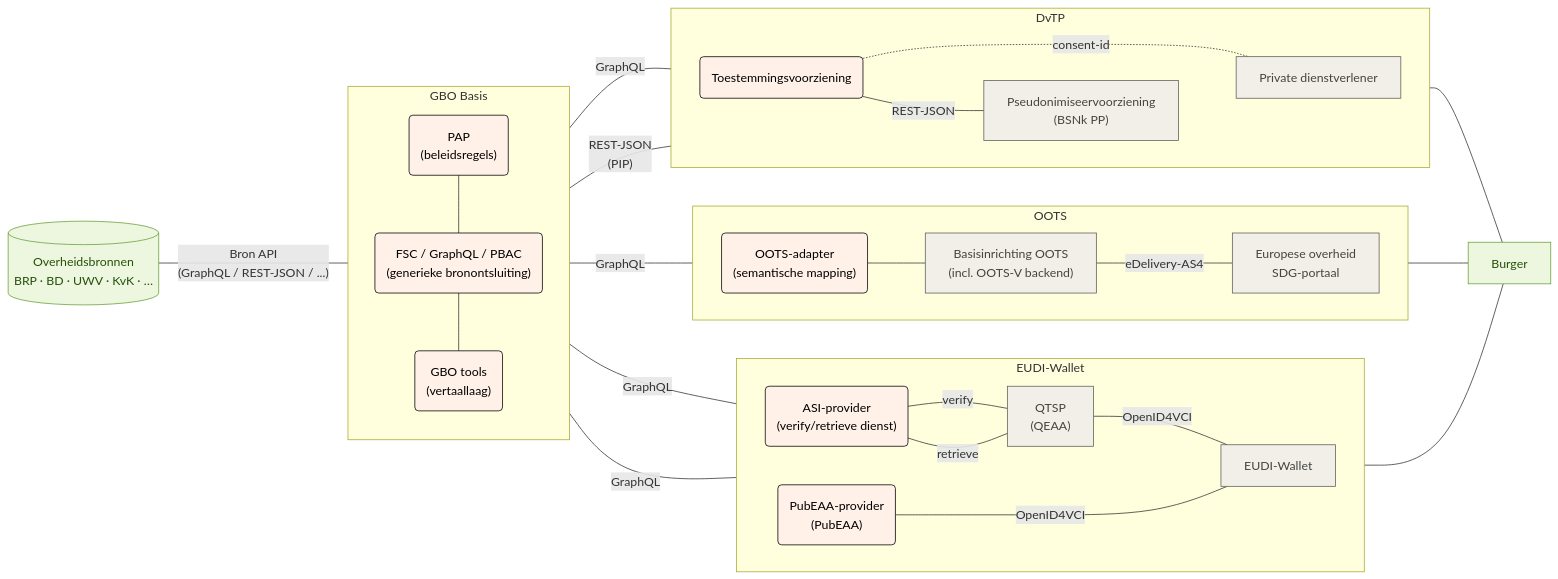
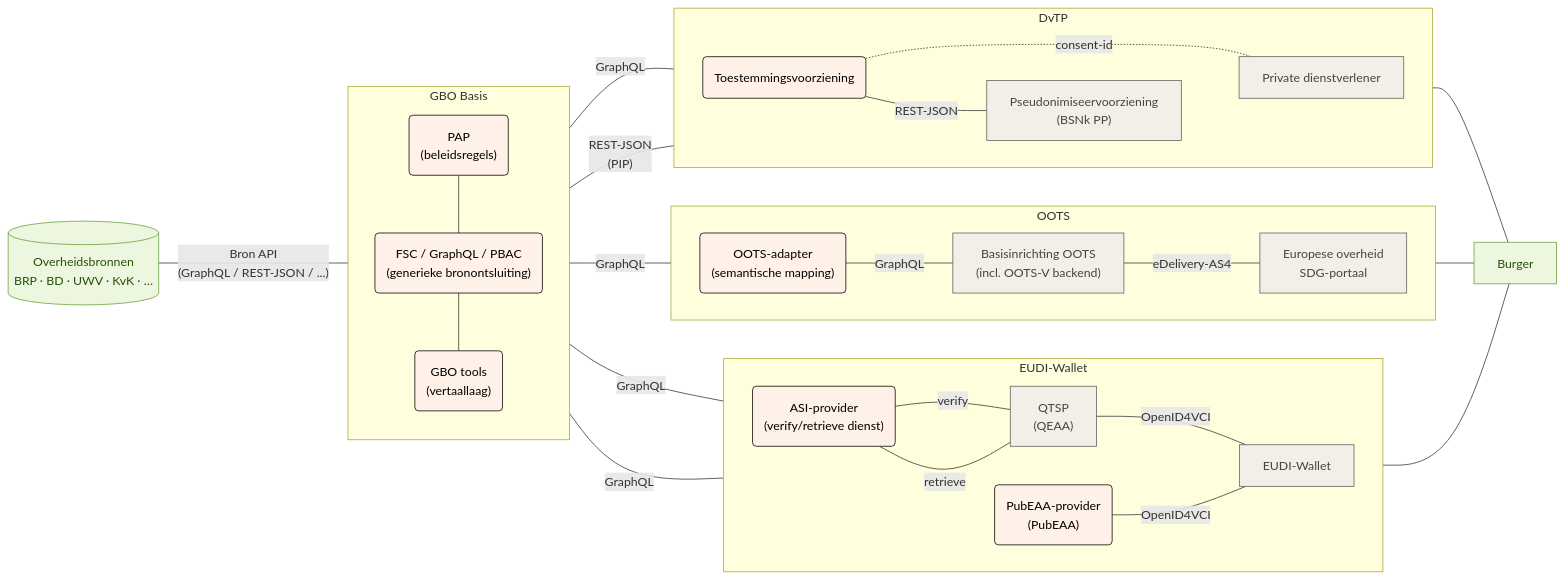
One commit to ICTU/GBO-GO changed the diagram in main/diagrammen/gbo_swimlanes.mmd. Above: the diagram before and after it, drawn with Mermaid. The commit also changed 5 other files, not shown here.

```diff
--- a/main/diagrammen/gbo_swimlanes.mmd
+++ b/main/diagrammen/gbo_swimlanes.mmd
@@ -1,68 +1,70 @@
 flowchart LR
   subgraph gbo["GBO Basis"]
     direction TB
         fsc_pap("PAP<br/>(beleidsregels)")
         fsc("FSC / GraphQL / PBAC<br/>(generieke bronontsluiting)")
         fsc_tools("GBO tools<br/>(vertaallaag)")
   end
   subgraph eudi["EUDI-Wallet"]
     direction LR
         eudi_asi("ASI-provider<br/>(verify/retrieve dienst)")
         eudi_pubeaa("PubEAA-provider<br/>(PubEAA)")
         eudi_qeaa["QTSP<br/>(QEAA)"]
         eudi_wallet["EUDI-Wallet"]
   end
   subgraph oots["OOTS"]
     direction LR
         oots_adapter("OOTS-adapter<br/>(semantische mapping)")
         oots_basis["Basisinrichting OOTS<br/>(incl. OOTS-V backend)"]
         oots_afnemer["Europese overheid<br/>SDG-portaal"]
   end
   subgraph dvtp["DvTP"]
     direction LR
         dvtp_toestemming("Toestemmingsvoorziening")
         dvtp_pseudoniem["Pseudonimiseervoorziening<br/>(BSNk PP)"]
         dvtp_afnemer["Private dienstverlener"]
   end
 
   fsc_pap --- fsc
   fsc --- fsc_tools
   bron[("Overheidsbronnen<br/>BRP · BD · UWV · KvK · …")] -- Bron API<br/>(GraphQL / REST-JSON / ...) --- gbo
   eudi_asi -- verify --- eudi_qeaa
   eudi_asi -- retrieve --- eudi_qeaa
   eudi_qeaa -- OpenID4VCI --- eudi_wallet
   gbo -- GraphQL --- eudi_asi & eudi_pubeaa & oots_adapter & dvtp_afnemer
-  eudi_pubeaa -- OpenID4VCI ---- eudi_wallet
-  oots_adapter --- oots_basis
+  eudi_pubeaa -- OpenID4VCI --- eudi_wallet
+  oots_adapter -- GraphQL --- oots_basis
   oots_basis -- eDelivery-AS4 --- oots_afnemer
   gbo -- REST-JSON<br/>(PIP) --- dvtp_toestemming
   dvtp_toestemming -. consent-id .- dvtp_afnemer
   dvtp_toestemming -- REST-JSON --- dvtp_pseudoniem
   dvtp_pseudoniem ~~~ dvtp_afnemer
   eudi_wallet --- burger["Burger"]
   oots_afnemer --- burger
   dvtp_afnemer --- burger
 
-  fsc_pap:::gbo
-  fsc:::gbo
-  fsc_tools:::gbo
-  eudi_asi:::gbo
-  eudi_pubeaa:::gbo
+  fsc_pap:::gbo_d
+  fsc:::gbo_d
+  fsc_tools:::gbo_d
+  eudi_asi:::gbo_k
+  eudi_pubeaa:::gbo_c
   eudi_qeaa:::eudi
   eudi_wallet:::eudi
-  oots_adapter:::gbo
+  oots_adapter:::gbo_k
   oots_basis:::oots
   oots_afnemer:::oots
-  dvtp_toestemming:::gbo
+  dvtp_toestemming:::gbo_c
   dvtp_pseudoniem:::dvtp
   dvtp_afnemer:::dvtp
   bron:::bron
   burger:::burger
 
   classDef bron fill:#edf7df,stroke:#6aa13a,color:#27500a
   classDef generiek fill:#f1efe8,stroke:#5f5e5a,color:#444441
   classDef eudi fill:#f1efe8,stroke:#5f5e5a,color:#444441
   classDef oots fill:#f1efe8,stroke:#5f5e5a,color:#444441
   classDef dvtp fill:#f1efe8,stroke:#5f5e5a,color:#444441
-  classDef gbo fill:#fff0e8,stroke:#000000,color:#000000
+  classDef gbo_k fill:#fff0e8,stroke:#000000,color:#000000
+  classDef gbo_c fill:#fff0e8,stroke:#000000,color:#000000
+  classDef gbo_d fill:#fff0e8,stroke:#000000,color:#000000
   classDef burger fill:#edf7df,stroke:#6aa13a,color:#27500a
```
